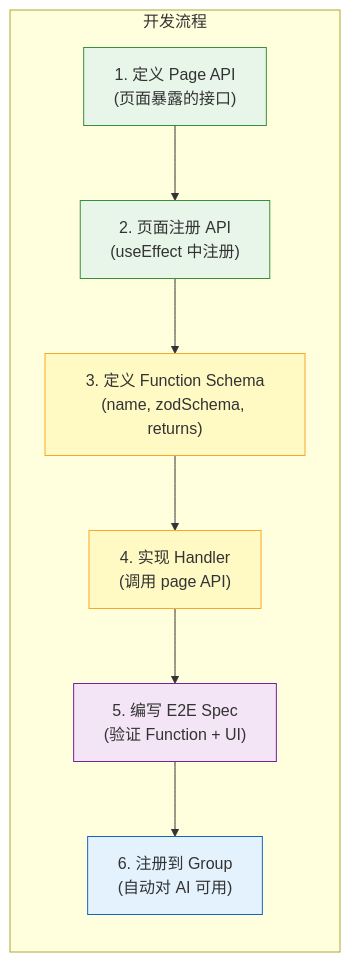
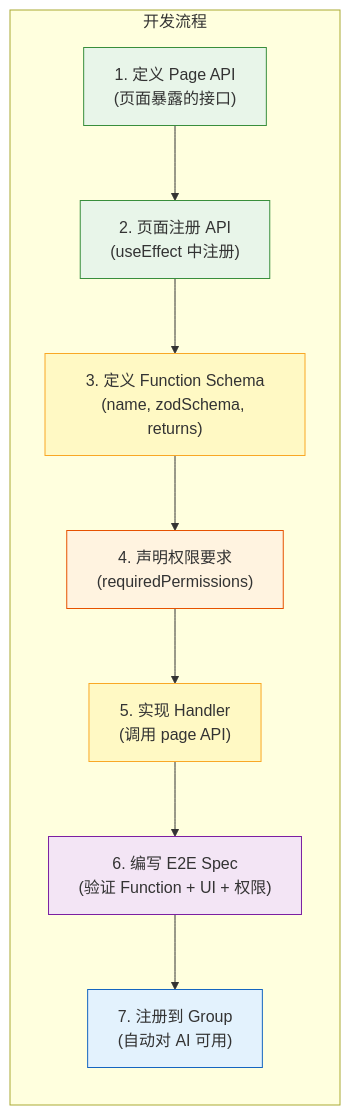
The fourth of 5 diagrams in packages/admin-ui/docs/function-registration-architecture.md (rtc-agent/web-components), drawn with Mermaid before and after one commit. The commit also changed other lines of this file and 60 other files, not shown here.

````diff
--- a/packages/admin-ui/docs/function-registration-architecture.md
+++ b/packages/admin-ui/docs/function-registration-architecture.md
@@ -978,21 +1672,23 @@
 ```mermaid
 flowchart LR
     subgraph DEV["开发流程"]
         direction TB
         S1["1. 定义 Page API<br/>(页面暴露的接口)"]
         S2["2. 页面注册 API<br/>(useEffect 中注册)"]
         S3["3. 定义 Function Schema<br/>(name, zodSchema, returns)"]
-        S4["4. 实现 Handler<br/>(调用 page API)"]
-        S5["5. 编写 E2E Spec<br/>(验证 Function + UI)"]
-        S6["6. 注册到 Group<br/>(自动对 AI 可用)"]
+        S4["4. 声明权限要求<br/>(requiredPermissions)"]
+        S5["5. 实现 Handler<br/>(调用 page API)"]
+        S6["6. 编写 E2E Spec<br/>(验证 Function + UI + 权限)"]
+        S7["7. 注册到 Group<br/>(自动对 AI 可用)"]
 
-        S1 --> S2 --> S3 --> S4 --> S5 --> S6
+        S1 --> S2 --> S3 --> S4 --> S5 --> S6 --> S7
     end
 
     style S1 fill:#e8f5e9,stroke:#388e3c
     style S2 fill:#e8f5e9,stroke:#388e3c
     style S3 fill:#fff9c4,stroke:#f9a825
-    style S4 fill:#fff9c4,stroke:#f9a825
-    style S5 fill:#f3e5f5,stroke:#7b1fa2
-    style S6 fill:#e3f2fd,stroke:#1565c0
+    style S4 fill:#fff3e0,stroke:#e65100
+    style S5 fill:#fff9c4,stroke:#f9a825
+    style S6 fill:#f3e5f5,stroke:#7b1fa2
+    style S7 fill:#e3f2fd,stroke:#1565c0
 ```
````
